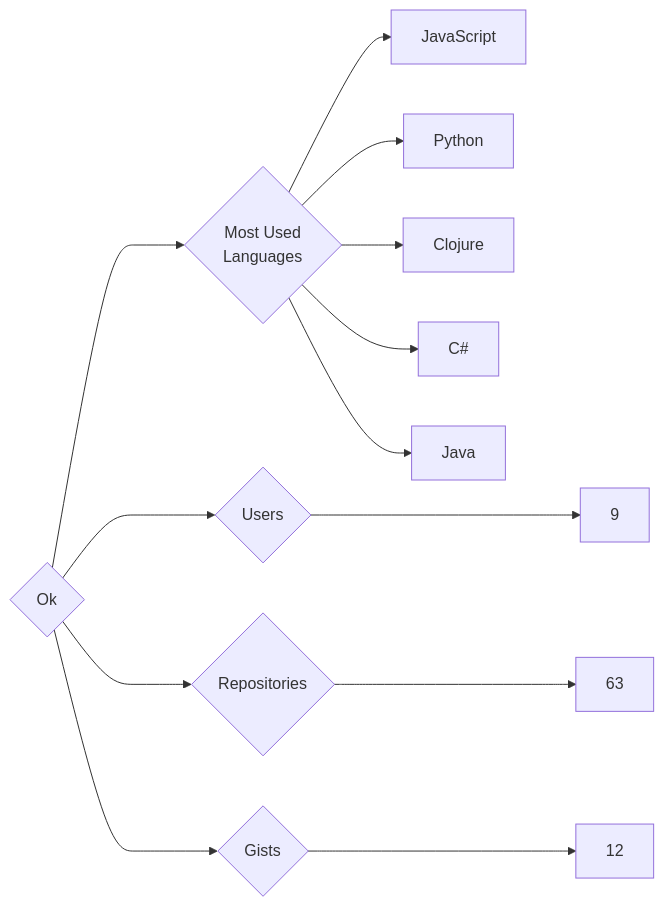
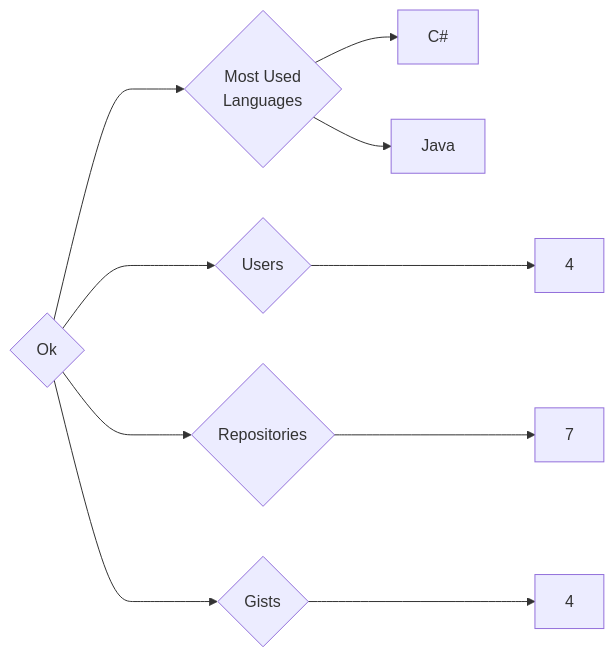
The diagram in targets/Ok/README.md (trickest/insiders), drawn with Mermaid before and after one commit. The commit also changed 903 other files, not shown here.

````diff
--- a/targets/Ok/README.md
+++ b/targets/Ok/README.md
@@ -3,13 +3,10 @@
 ```mermaid
 graph LR
 COMPANY_NAME{Ok}
-COMPANY_NAME ---> U{Users} ---> UN[9]
-COMPANY_NAME ---> R{Repositories} ---> RN[63]
-COMPANY_NAME ---> G{Gists} ---> GN[12]
+COMPANY_NAME ---> U{Users} ---> UN[4]
+COMPANY_NAME ---> R{Repositories} ---> RN[7]
+COMPANY_NAME ---> G{Gists} ---> GN[4]
 COMPANY_NAME ---> ML{Most Used<br>Languages}
-ML --> JavaScript[JavaScript]
-ML --> Python[Python]
-ML --> Clojure[Clojure]
 ML --> C#[C#]
 ML --> Java[Java]
 ```
````
